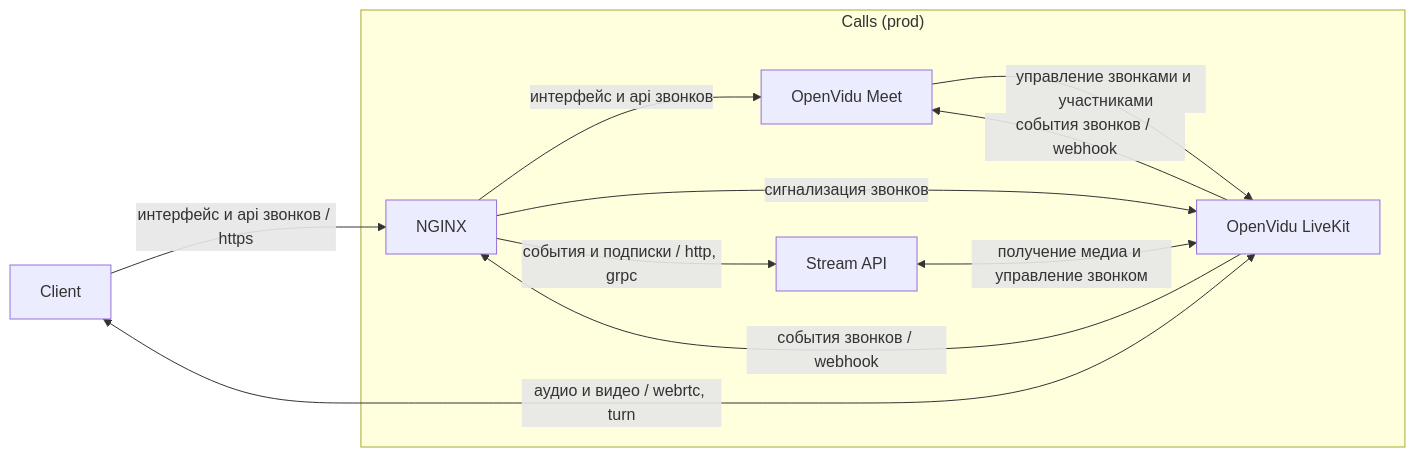
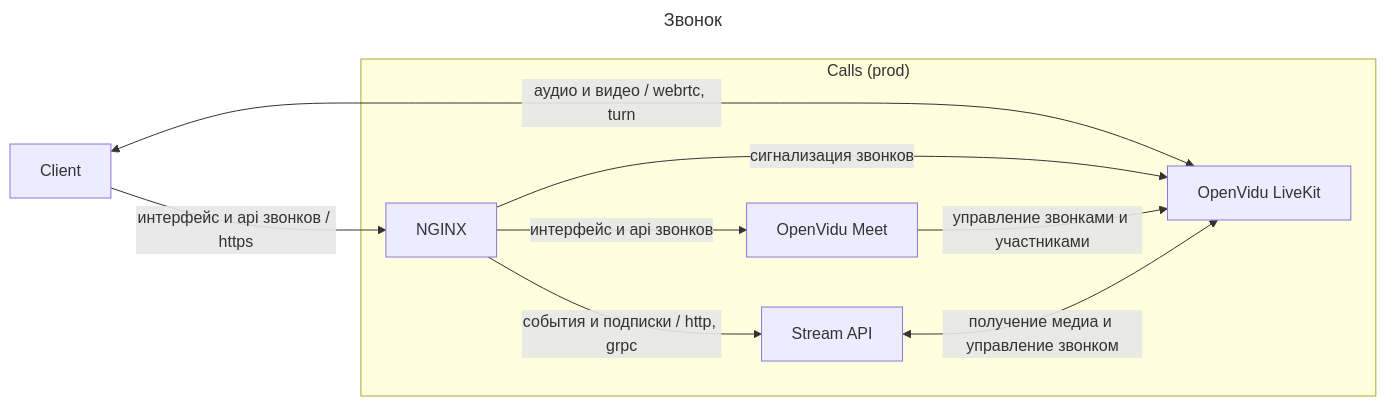
One commit to dwspurpleteam/deployer changed the first of 5 diagrams in README.md. Above: the diagram before and after it, drawn with Mermaid. The commit also changed other lines of this file, not shown here.

Commit message:
Arrange architecture flows left to right

````diff
--- a/README.md
+++ b/README.md
@@ -12,15 +12,15 @@
 ```mermaid
+---
+title: Звонок
+---
 flowchart LR
   browser[Client] -->|интерфейс и api звонков / https| proxy
   browser <-->|аудио и видео / webrtc, turn| openvidu
-
   subgraph calls_prod["Calls (prod)"]
     proxy[NGINX] -->|интерфейс и api звонков| meet[OpenVidu Meet]
     proxy -->|сигнализация звонков| openvidu[OpenVidu LiveKit]
     proxy -->|события и подписки / http, grpc| streamapi[Stream API]
     meet -->|управление звонками и участниками| openvidu
-    openvidu -->|события звонков / webhook| meet
-    openvidu -->|события звонков / webhook| proxy
     streamapi <-->|получение медиа и управление звонком| openvidu
   end
 ```
````
